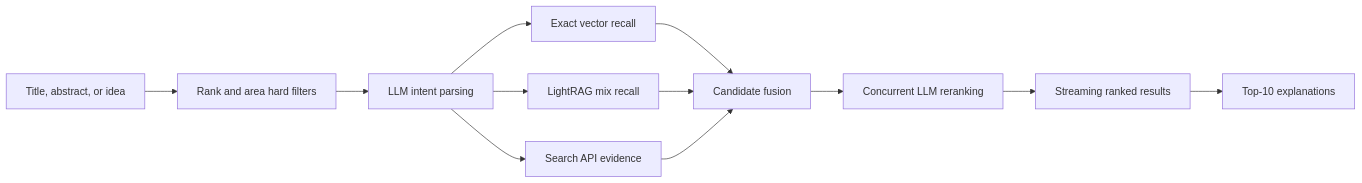
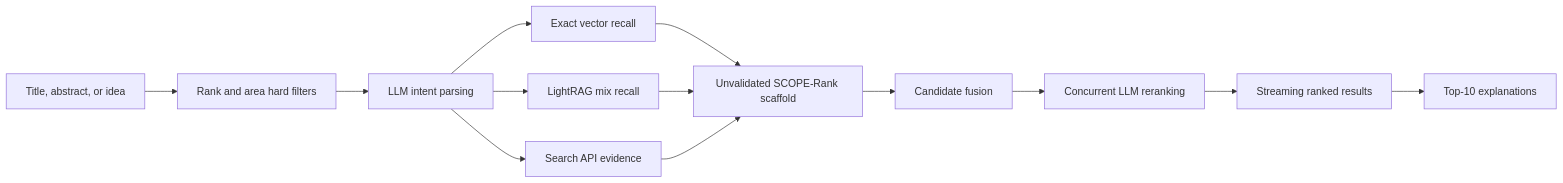
One commit to rudykon/Where_Papers_Go changed the diagram in README.md. Above: the diagram before and after it, drawn with Mermaid. The commit also changed other lines of this file and 13 other files, not shown here.

````diff
--- a/README.md
+++ b/README.md
@@ -95,14 +96,15 @@
 ```mermaid
 flowchart LR
     Q[Title, abstract, or idea] --> F[Rank and area hard filters]
     F --> I[LLM intent parsing]
     I --> V[Exact vector recall]
     I --> G[LightRAG mix recall]
     I --> S[Search API evidence]
-    V --> M[Candidate fusion]
-    G --> M
-    S --> M
+    V --> A[Unvalidated SCOPE-Rank scaffold]
+    G --> A
+    S --> A
+    A --> M[Candidate fusion]
     M --> R[Concurrent LLM reranking]
     R --> O[Streaming ranked results]
     O --> E[Top-10 explanations]
 ```
````
